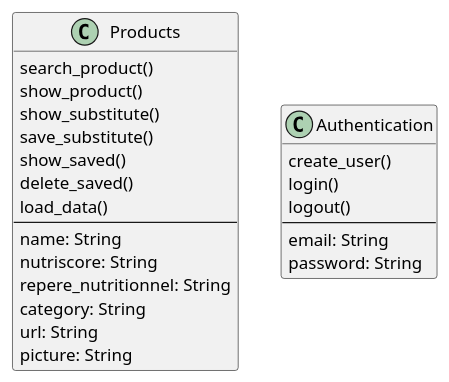
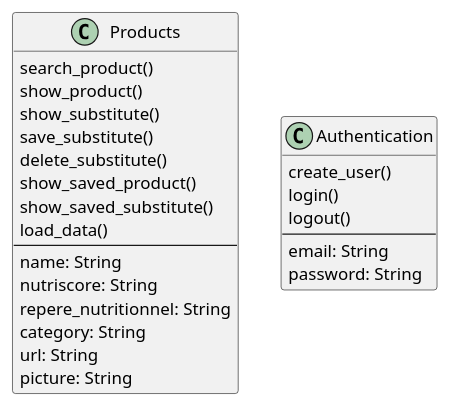
Before and after one commit to Zepmanbc/oc_dapython_pr8: the diagram in doc/uml/05_class.puml, drawn with PlantUML. The commit also changed 33 other files, not shown here.

```diff
--- a/doc/uml/05_class.puml
+++ b/doc/uml/05_class.puml
@@ -1,29 +1,30 @@
 @startuml 05_class
 
 class Products{
     search_product()
     show_product()
     show_substitute()
     save_substitute()
-    show_saved()
-    delete_saved()
+    delete_substitute()
+    show_saved_product()
+    show_saved_substitute()
     load_data()
     --
     name: String
     nutriscore: String
     repere_nutritionnel: String
     category: String
     url: String
     picture: String
 }
 
 class Authentication{
     create_user()
     login()
     logout()
     ---
     email: String
     password: String
 }
 
 @enduml
```
